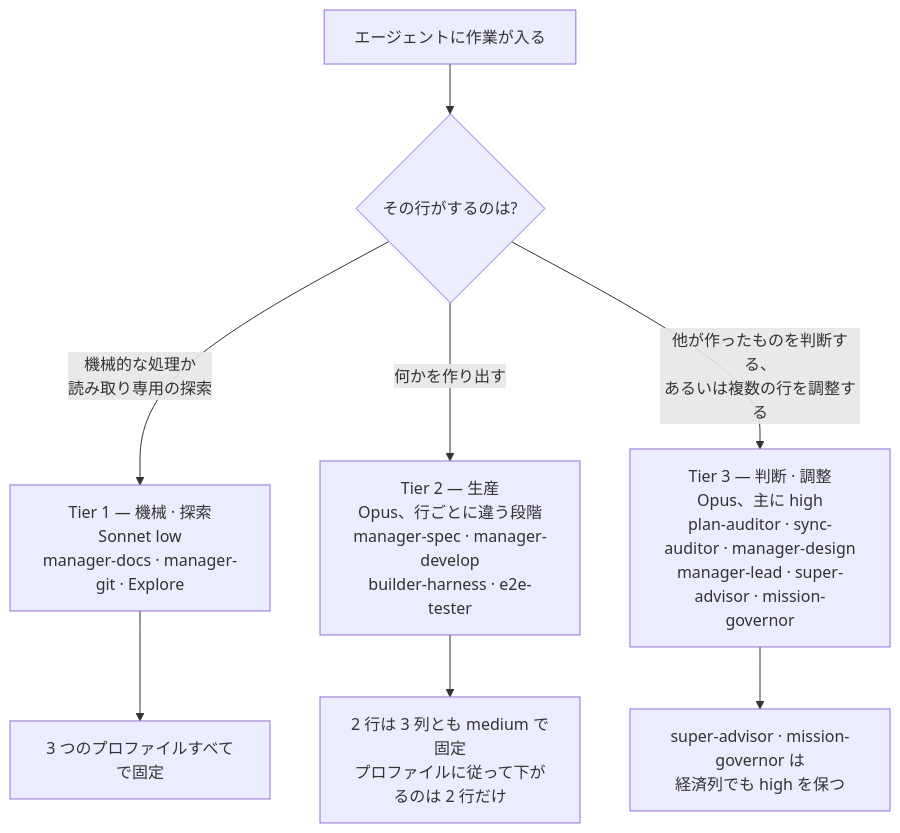
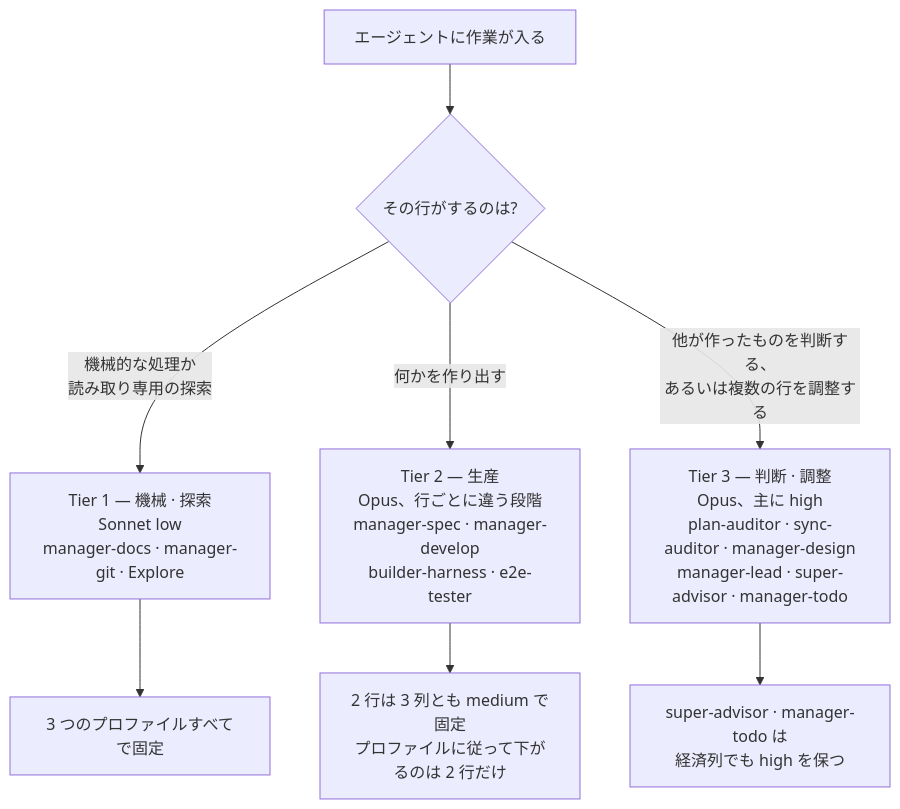
Before and after one commit to modu-ai/moai-adk: the second of 2 diagrams in docs-site/content/ja/advanced/no-haiku-3tier.md, drawn with Mermaid. The commit also changed other lines of this file and 33 other files, not shown here.

First line of the commit message:
docs(SPEC-MANAGER-TODO-001): M5 docs-site manager-todo refresh + run-phase evidence (card t1306)

````diff
--- a/docs-site/content/ja/advanced/no-haiku-3tier.md
+++ b/docs-site/content/ja/advanced/no-haiku-3tier.md
@@ -76,15 +76,15 @@
 ```mermaid
 flowchart TD
     START["エージェントに作業が入る"] --> Q{"その行がするのは?"}
     Q -- "機械的な処理か\n読み取り専用の探索" --> T1
     Q -- "何かを作り出す" --> T2
     Q -- "他が作ったものを判断する、\nあるいは複数の行を調整する" --> T3
 
     T1["Tier 1 — 機械 · 探索<br/>Sonnet low<br/>manager-docs · manager-git · Explore"]
     T2["Tier 2 — 生産<br/>Opus、行ごとに違う段階<br/>manager-spec · manager-develop<br/>builder-harness · e2e-tester"]
-    T3["Tier 3 — 判断 · 調整<br/>Opus、主に high<br/>plan-auditor · sync-auditor · manager-design<br/>manager-lead · super-advisor · mission-governor"]
+    T3["Tier 3 — 判断 · 調整<br/>Opus、主に high<br/>plan-auditor · sync-auditor · manager-design<br/>manager-lead · super-advisor · manager-todo"]
 
     T1 --> NOTE["3 つのプロファイルすべてで固定"]
     T2 --> NOTE2["2 行は 3 列とも medium で固定<br/>プロファイルに従って下がるのは 2 行だけ"]
-    T3 --> NOTE3["super-advisor · mission-governor は<br/>経済列でも high を保つ"]
+    T3 --> NOTE3["super-advisor · manager-todo は<br/>経済列でも high を保つ"]
 ```
````
